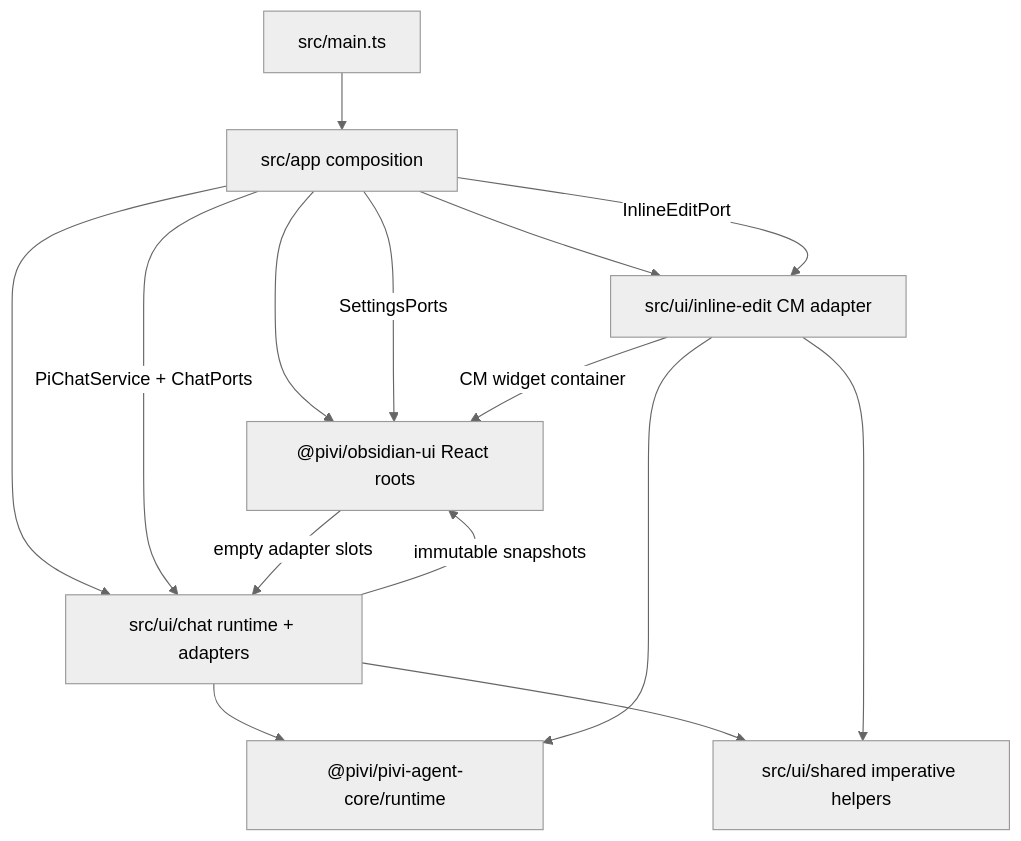
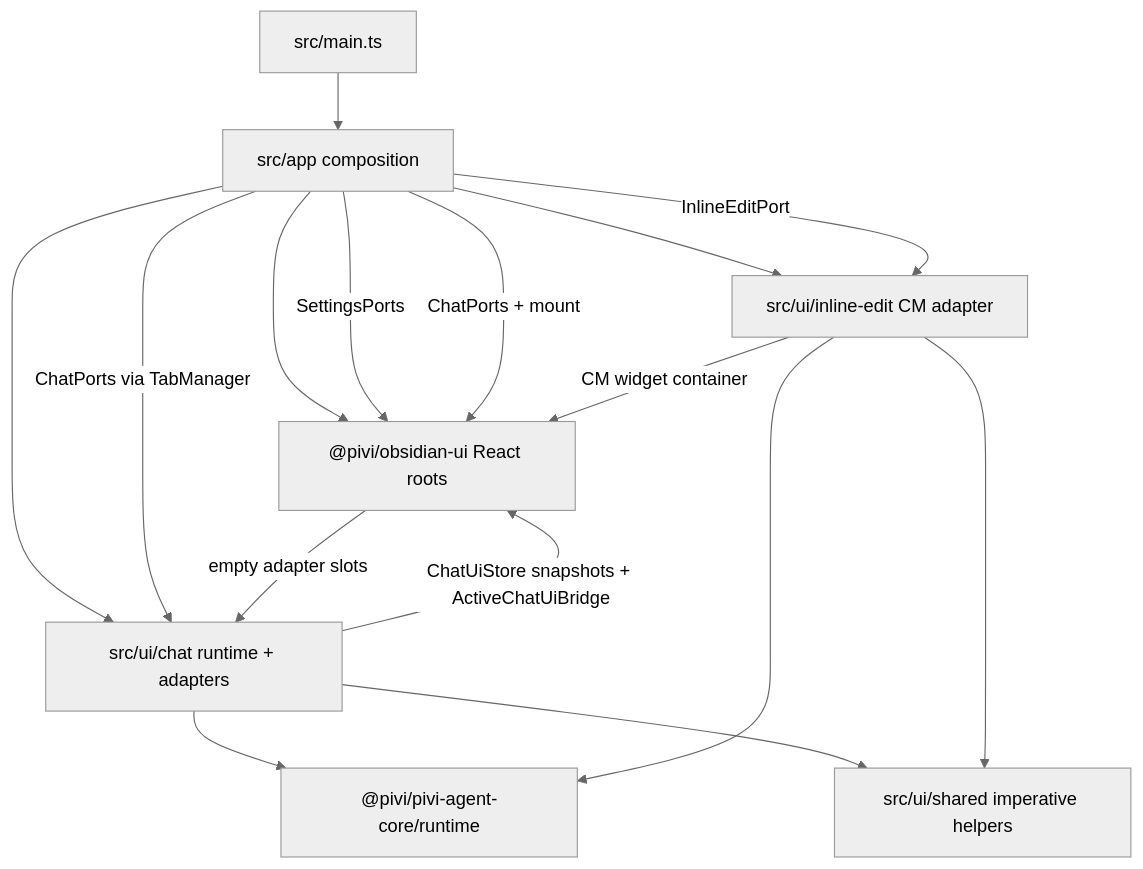
Before and after one commit to shuuul/obsidian-pivi: the diagram in src/ui/AGENTS.md, drawn with Mermaid (neutral theme). The commit also changed other lines of this file and 78 other files, not shown here.

First line of the commit message:
refactor(architecture): wire ChatPorts and clear post-React dead paths

````diff
--- a/src/ui/AGENTS.md
+++ b/src/ui/AGENTS.md
@@ -13,17 +13,18 @@
 ```mermaid
 flowchart TD
   Main["src/main.ts"] --> App["src/app composition"]
   App --> ReactUI["@pivi/obsidian-ui React roots"]
   App --> Chat["src/ui/chat runtime + adapters"]
   App --> Inline["src/ui/inline-edit CM adapter"]
   App -- "SettingsPorts" --> ReactUI
-  App -- "PiChatService + ChatPorts" --> Chat
+  App -- "ChatPorts + mount" --> ReactUI
+  App -- "ChatPorts via TabManager" --> Chat
   App -- "InlineEditPort" --> Inline
-  Chat -- "immutable snapshots" --> ReactUI
+  Chat -- "ChatUiStore snapshots + ActiveChatUiBridge" --> ReactUI
   ReactUI -- "empty adapter slots" --> Chat
   Inline -- "CM widget container" --> ReactUI
   Chat --> Runtime["@pivi/pivi-agent-core/runtime"]
   Inline --> Runtime
   Chat --> Shared["src/ui/shared imperative helpers"]
   Inline --> Shared
 ```
````
